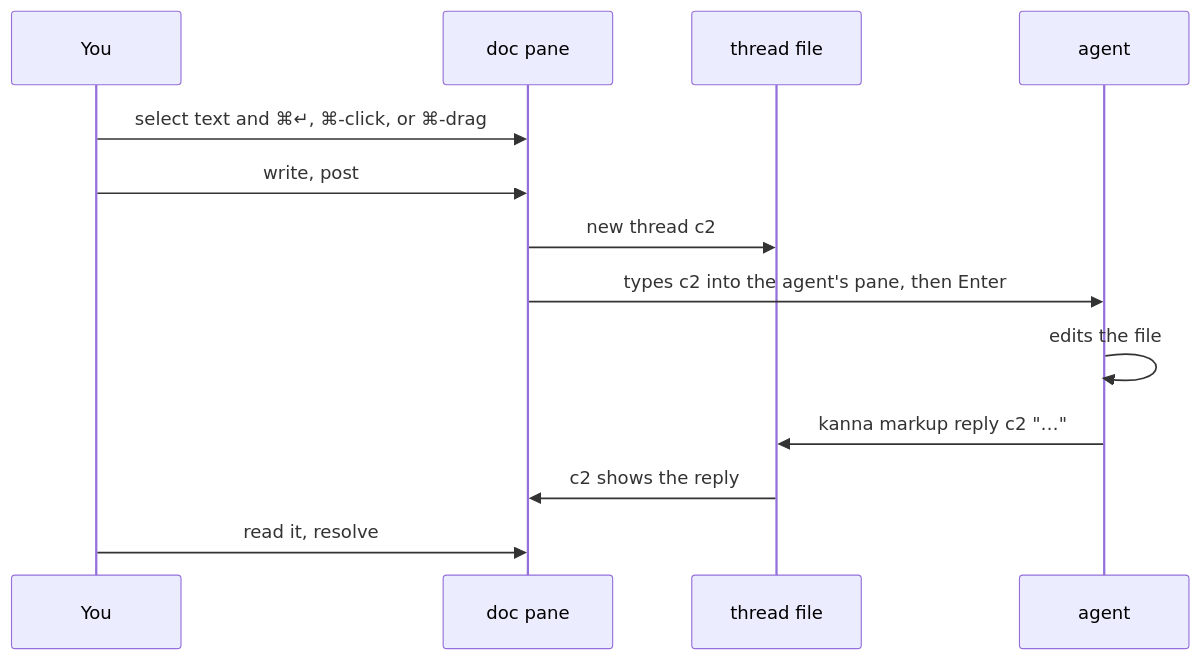
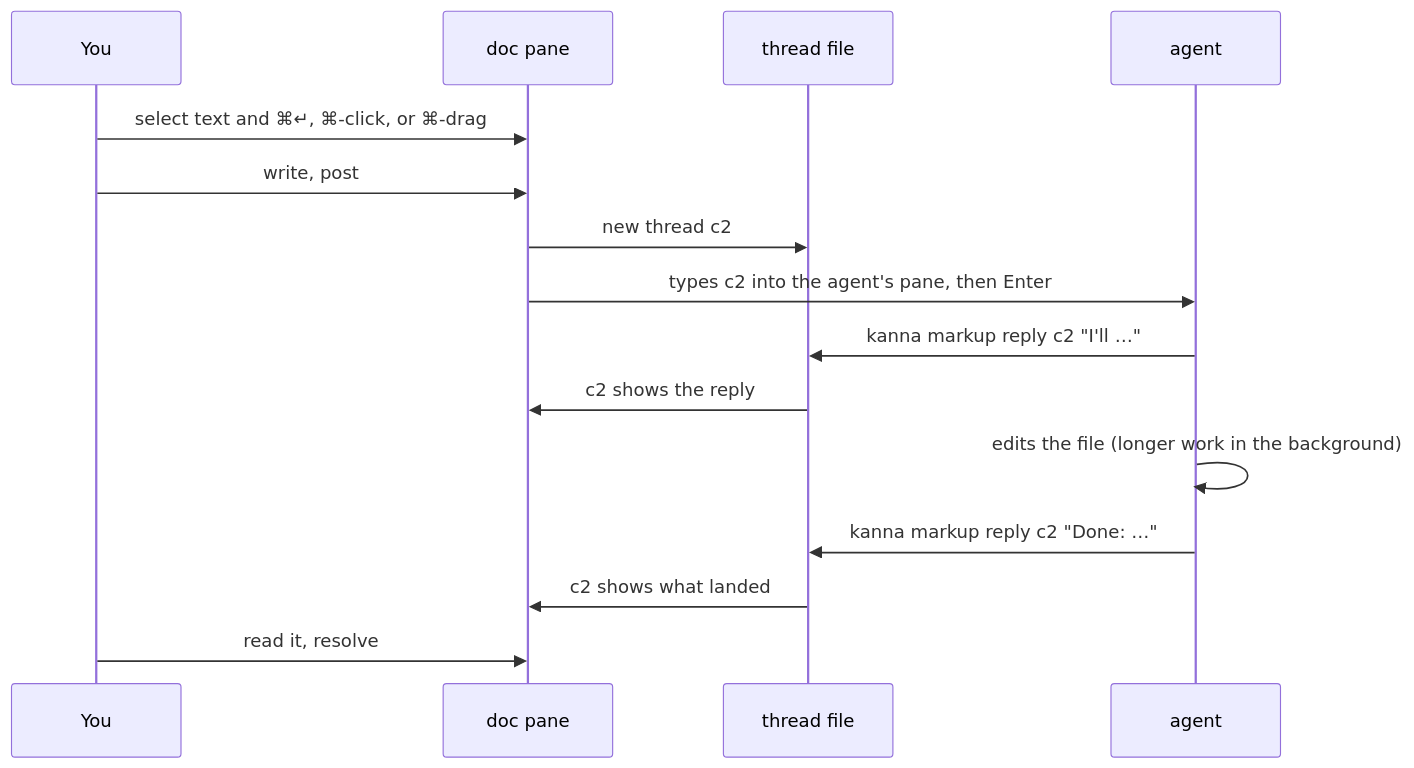
Before and after one commit to tampopogk/kanna: the first of 4 diagrams in docs/specs/doc-markup.md, drawn with Mermaid. The commit also changed other lines of this file and 2 other files, not shown here.

Commit message:
kanna-markup: reply to a comment first, do longer work in a subagent or the background so the turn ends and the next comment comes in, and reply again with what landed; doc-markup and ink-markup specs follow

````diff
--- a/docs/specs/doc-markup.md
+++ b/docs/specs/doc-markup.md
@@ -21,15 +21,17 @@
 ```mermaid
 sequenceDiagram
     participant You
     participant Doc as doc pane
     participant F as thread file
     participant A as agent
     You->>Doc: select text and ⌘↵, ⌘-click, or ⌘-drag
     You->>Doc: write, post
     Doc->>F: new thread c2
     Doc->>A: types c2 into the agent's pane, then Enter
-    A->>A: edits the file
-    A->>F: kanna markup reply c2 "…"
+    A->>F: kanna markup reply c2 "I'll …"
     F->>Doc: c2 shows the reply
+    A->>A: edits the file (longer work in the background)
+    A->>F: kanna markup reply c2 "Done: …"
+    F->>Doc: c2 shows what landed
     You->>Doc: read it, resolve
 ```
````
